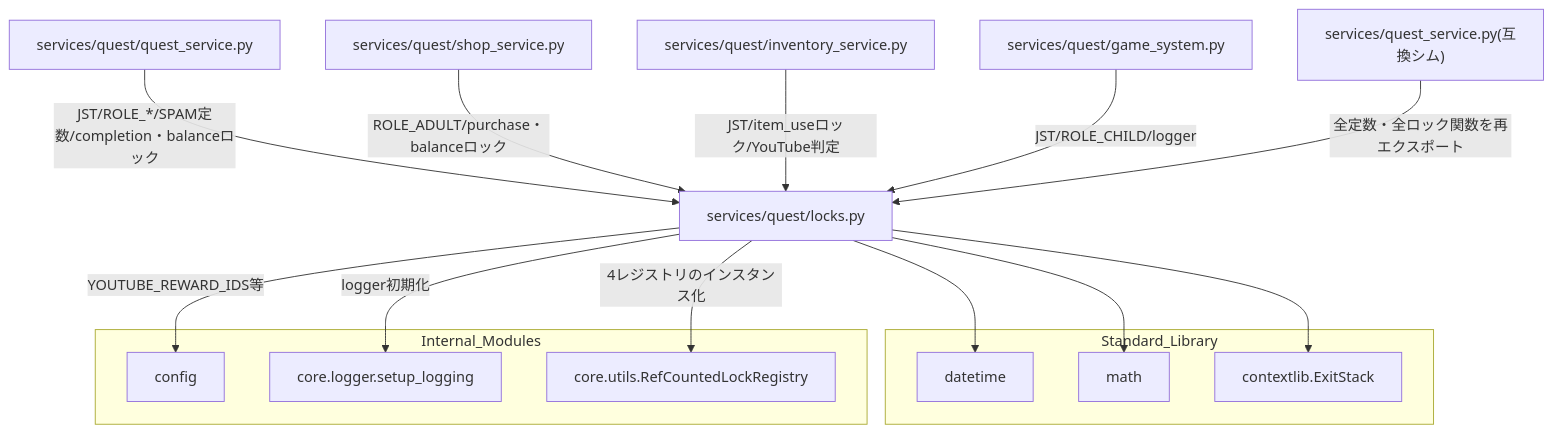
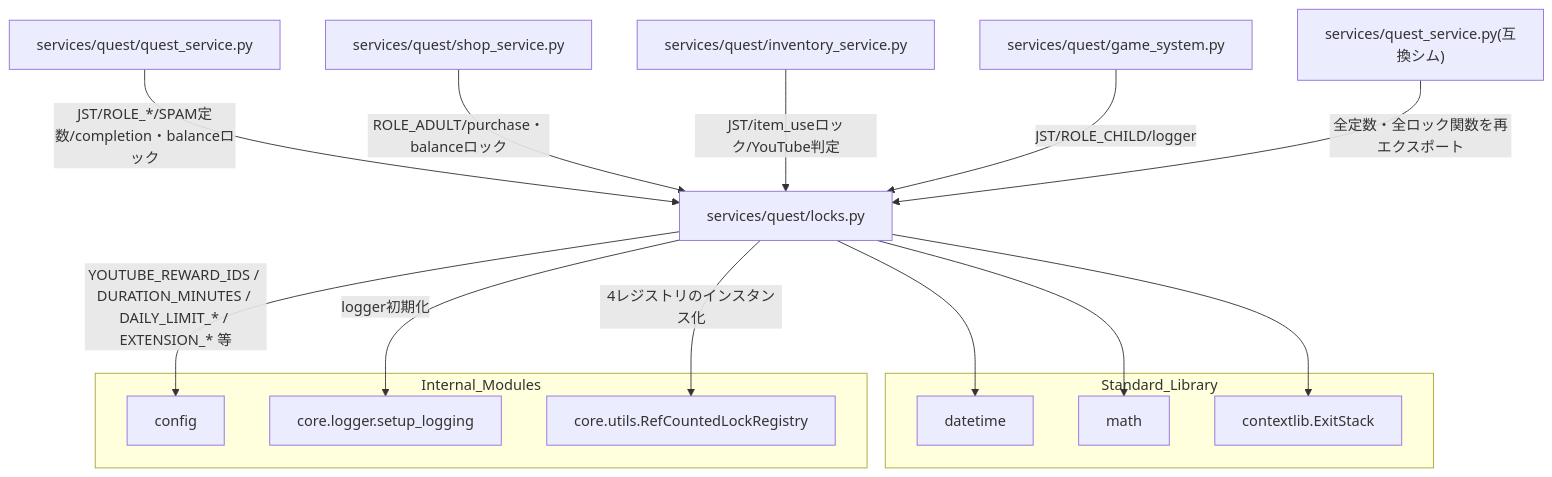
One commit to mmtigers/my_python_project changed the second of 2 diagrams in docs/specifications/MY_HOME_SYSTEM/quest_locks.md. Above: the diagram before and after it, drawn with Mermaid. The commit also changed other lines of this file and 16 other files, not shown here.

````diff
--- a/docs/specifications/MY_HOME_SYSTEM/quest_locks.md
+++ b/docs/specifications/MY_HOME_SYSTEM/quest_locks.md
@@ -241,29 +385,29 @@
 ```mermaid
 graph TD
     Locks["services/quest/locks.py"]
 
     subgraph Standard_Library
         DatetimeMod["datetime"]
         MathMod["math"]
         ExitStackMod["contextlib.ExitStack"]
     end
 
     subgraph Internal_Modules
         ConfigMod["config"]
         SetupLogging["core.logger.setup_logging"]
         RefCountedLockRegistryClass["core.utils.RefCountedLockRegistry"]
     end
 
     Locks --> DatetimeMod
     Locks --> MathMod
     Locks --> ExitStackMod
-    Locks -->|"YOUTUBE_REWARD_IDS等"| ConfigMod
+    Locks -->|"YOUTUBE_REWARD_IDS / DURATION_MINUTES / DAILY_LIMIT_* / EXTENSION_* 等"| ConfigMod
     Locks -->|"logger初期化"| SetupLogging
     Locks -->|"4レジストリのインスタンス化"| RefCountedLockRegistryClass
 
     QuestServiceFile["services/quest/quest_service.py"] -->|"JST/ROLE_*/SPAM定数/completion・balanceロック"| Locks
     ShopServiceFile["services/quest/shop_service.py"] -->|"ROLE_ADULT/purchase・balanceロック"| Locks
     InventoryServiceFile["services/quest/inventory_service.py"] -->|"JST/item_useロック/YouTube判定"| Locks
     GameSystemFile["services/quest/game_system.py"] -->|"JST/ROLE_CHILD/logger"| Locks
     ShimFile["services/quest_service.py(互換シム)"] -->|"全定数・全ロック関数を再エクスポート"| Locks
 ```
````
